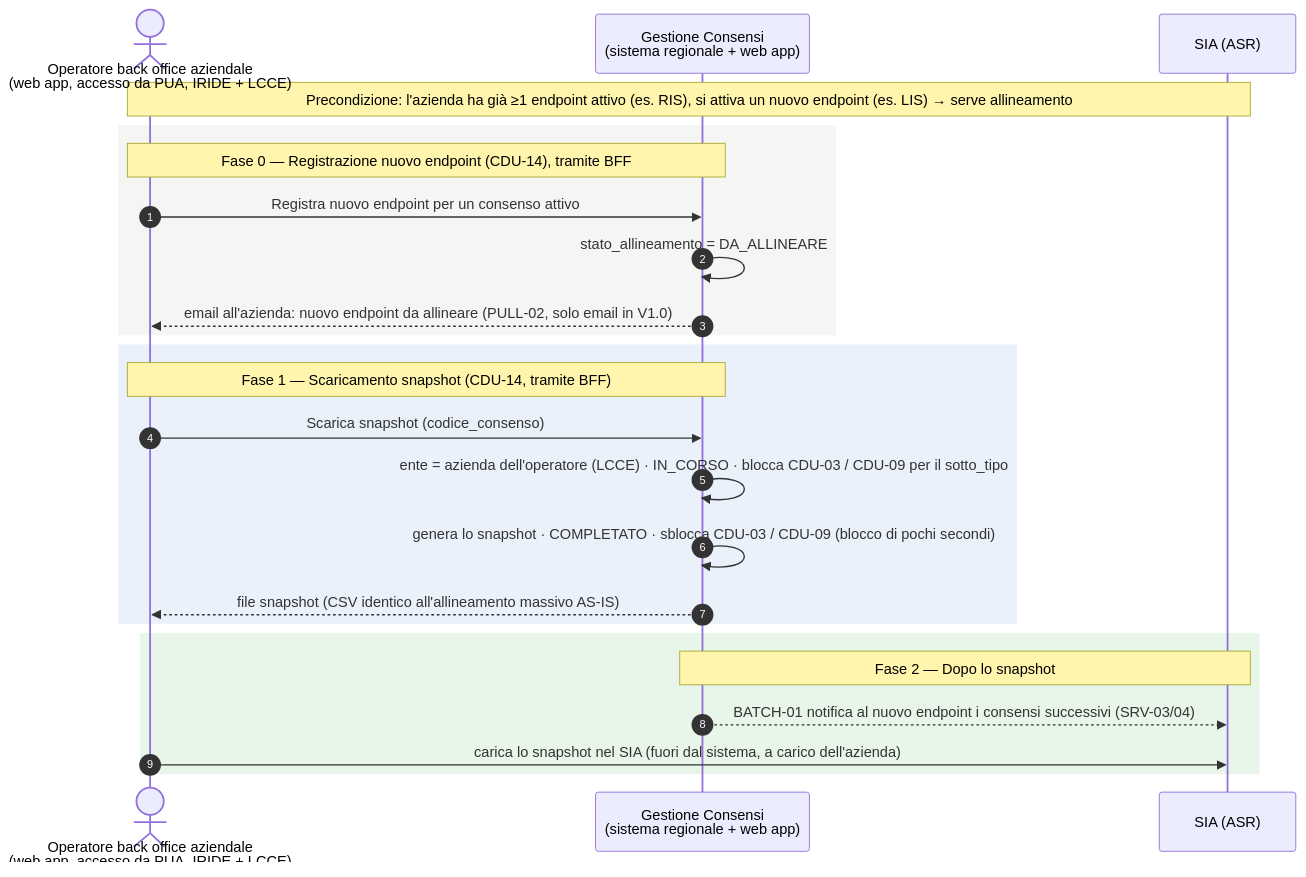
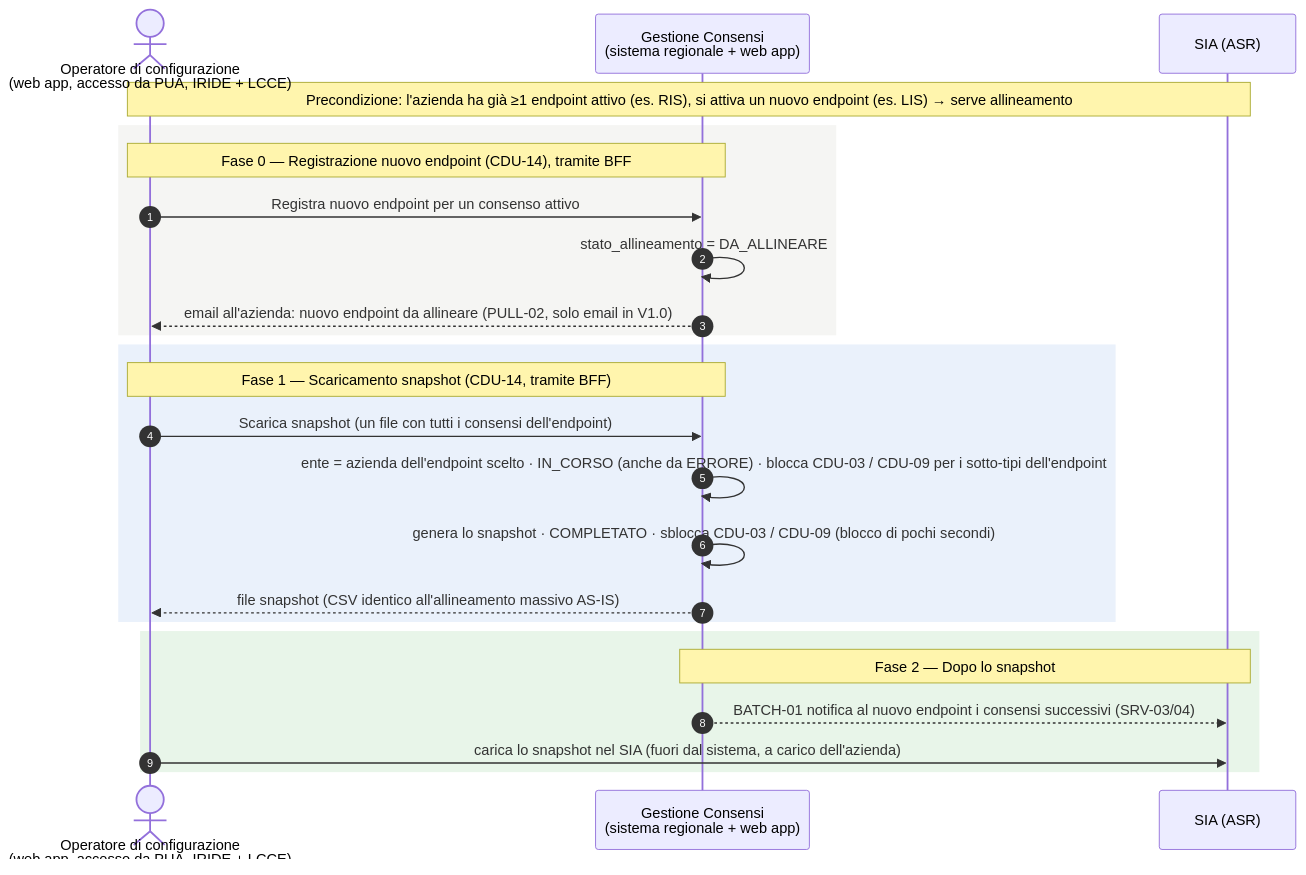
The first of 2 diagrams in src/site/notes/CDU-17_diagramma-sequenza.md (caccu/srs_cons_git_exprivia), drawn with Mermaid before and after one commit. The commit also changed other lines of this file and 15 other files, not shown here.

````diff
--- a/src/site/notes/CDU-17_diagramma-sequenza.md
+++ b/src/site/notes/CDU-17_diagramma-sequenza.md
@@ -24,30 +24,30 @@
 ```mermaid
 sequenceDiagram
     autonumber
-    actor OP as Operatore back office aziendale<br/>(web app, accesso da PUA, IRIDE + LCCE)
+    actor OP as Operatore di configurazione<br/>(web app, accesso da PUA, IRIDE + LCCE)
     participant GC as Gestione Consensi<br/>(sistema regionale + web app)
     participant SIA as SIA (ASR)
 
     Note over OP,SIA: Precondizione: l'azienda ha già ≥1 endpoint attivo (es. RIS), si attiva un nuovo endpoint (es. LIS) → serve allineamento
 
     rect rgb(245,245,243)
     Note over OP,GC: Fase 0 — Registrazione nuovo endpoint (CDU-14), tramite BFF
     OP->>GC: Registra nuovo endpoint per un consenso attivo
     GC->>GC: stato_allineamento = DA_ALLINEARE
     GC-->>OP: email all'azienda: nuovo endpoint da allineare (PULL-02, solo email in V1.0)
     end
 
     rect rgb(234,241,251)
     Note over OP,GC: Fase 1 — Scaricamento snapshot (CDU-14, tramite BFF)
-    OP->>GC: Scarica snapshot (codice_consenso)
-    GC->>GC: ente = azienda dell'operatore (LCCE) · IN_CORSO · blocca CDU-03 / CDU-09 per il sotto_tipo
+    OP->>GC: Scarica snapshot (un file con tutti i consensi dell'endpoint)
+    GC->>GC: ente = azienda dell'endpoint scelto · IN_CORSO (anche da ERRORE) · blocca CDU-03 / CDU-09 per i sotto-tipi dell'endpoint
     GC->>GC: genera lo snapshot · COMPLETATO · sblocca CDU-03 / CDU-09 (blocco di pochi secondi)
     GC-->>OP: file snapshot (CSV identico all'allineamento massivo AS-IS)
     end
 
     rect rgb(232,245,233)
     Note over GC,SIA: Fase 2 — Dopo lo snapshot
     GC-->>SIA: BATCH-01 notifica al nuovo endpoint i consensi successivi (SRV-03/04)
     OP->>SIA: carica lo snapshot nel SIA (fuori dal sistema, a carico dell'azienda)
     end
 ```
````
